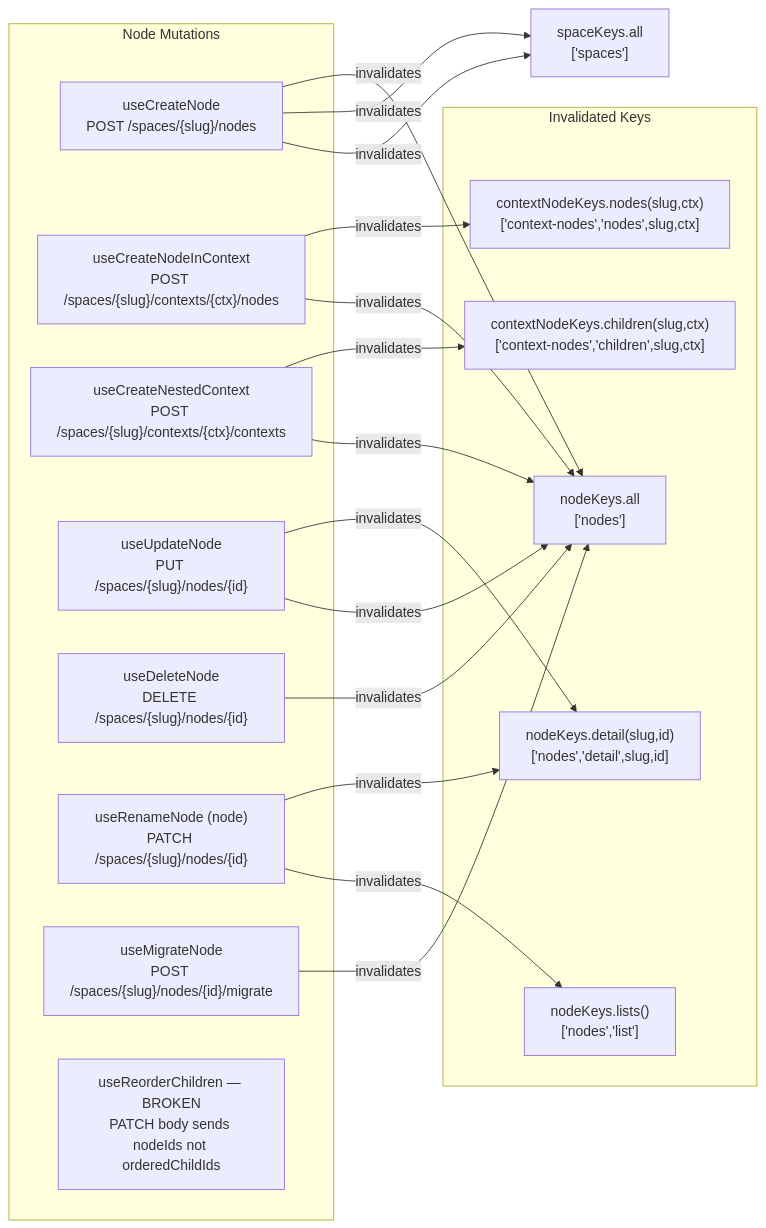
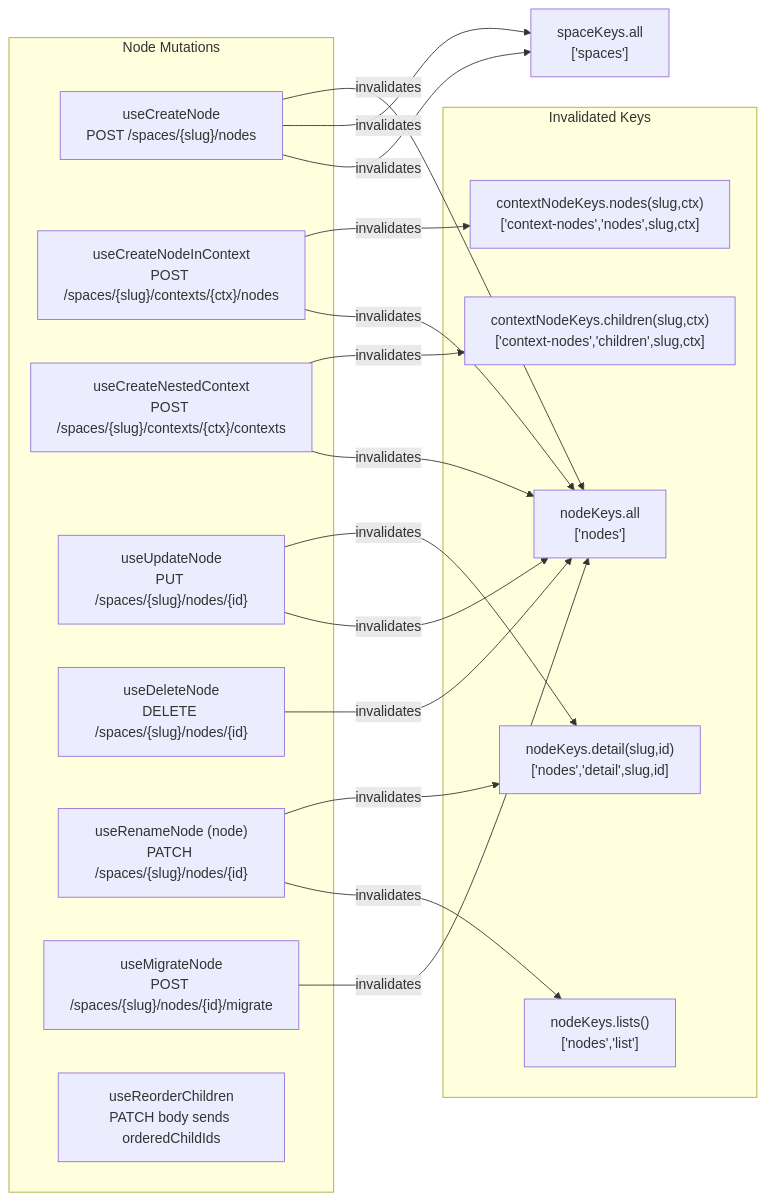
Before and after one commit to ProductMasterz/Mujarrad-Frontend: the second of 4 diagrams in docs/uml/06-cache-invalidation.md, drawn with Mermaid. The commit also changed other lines of this file and 22 other files, not shown here.

````diff
--- a/docs/uml/06-cache-invalidation.md
+++ b/docs/uml/06-cache-invalidation.md
@@ -26,44 +26,44 @@
 ```mermaid
 flowchart LR
     subgraph MUTATIONS_NODE["Node Mutations"]
         M_CREATE["useCreateNode\nPOST /spaces/{slug}/nodes"]
         M_CREATE_IN_CTX["useCreateNodeInContext\nPOST /spaces/{slug}/contexts/{ctx}/nodes"]
         M_CREATE_NESTED["useCreateNestedContext\nPOST /spaces/{slug}/contexts/{ctx}/contexts"]
         M_UPDATE["useUpdateNode\nPUT /spaces/{slug}/nodes/{id}"]
         M_DELETE["useDeleteNode\nDELETE /spaces/{slug}/nodes/{id}"]
         M_RENAME_NODE["useRenameNode (node)\nPATCH /spaces/{slug}/nodes/{id}"]
         M_MIGRATE["useMigrateNode\nPOST /spaces/{slug}/nodes/{id}/migrate"]
-        M_REORDER["useReorderChildren — BROKEN\nPATCH body sends nodeIds not orderedChildIds"]
+        M_REORDER["useReorderChildren\nPATCH body sends orderedChildIds"]
     end
 
     subgraph KEYS_NODE["Invalidated Keys"]
         K_NODES_ALL["nodeKeys.all\n['nodes']"]
         K_NODES_LIST["nodeKeys.lists()\n['nodes','list']"]
         K_NODES_DETAIL["nodeKeys.detail(slug,id)\n['nodes','detail',slug,id]"]
         K_CTX_NODES["contextNodeKeys.nodes(slug,ctx)\n['context-nodes','nodes',slug,ctx]"]
         K_CTX_CHILDREN["contextNodeKeys.children(slug,ctx)\n['context-nodes','children',slug,ctx]"]
     end
 
     M_CREATE -->|invalidates| K_NODES_ALL
     M_CREATE -->|invalidates| K_SPACES_ALL
 
     M_CREATE_IN_CTX -->|invalidates| K_CTX_NODES
     M_CREATE_IN_CTX -->|invalidates| K_NODES_ALL
 
     M_CREATE_NESTED -->|invalidates| K_CTX_CHILDREN
     M_CREATE_NESTED -->|invalidates| K_NODES_ALL
 
     M_UPDATE -->|invalidates| K_NODES_DETAIL
     M_UPDATE -->|invalidates| K_NODES_ALL
 
     M_DELETE -->|invalidates| K_NODES_ALL
 
     M_RENAME_NODE -->|invalidates| K_NODES_DETAIL
     M_RENAME_NODE -->|invalidates| K_NODES_LIST
 
     M_MIGRATE -->|invalidates| K_NODES_ALL
 
     K_SPACES_ALL["spaceKeys.all\n['spaces']"]
 
     M_CREATE -->|invalidates| K_SPACES_ALL
 ```
````
